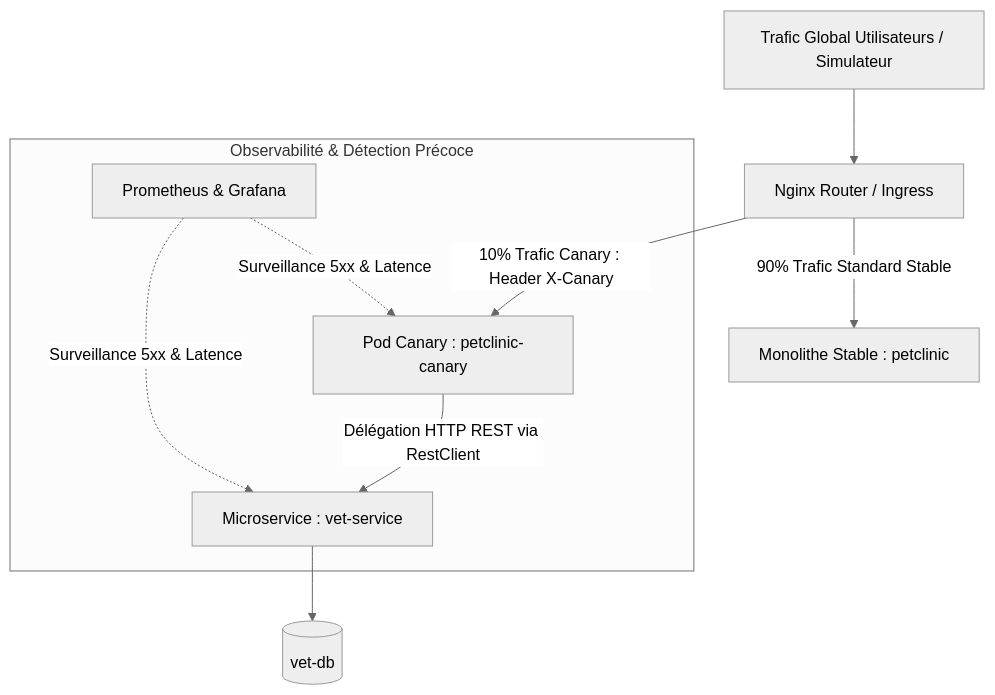
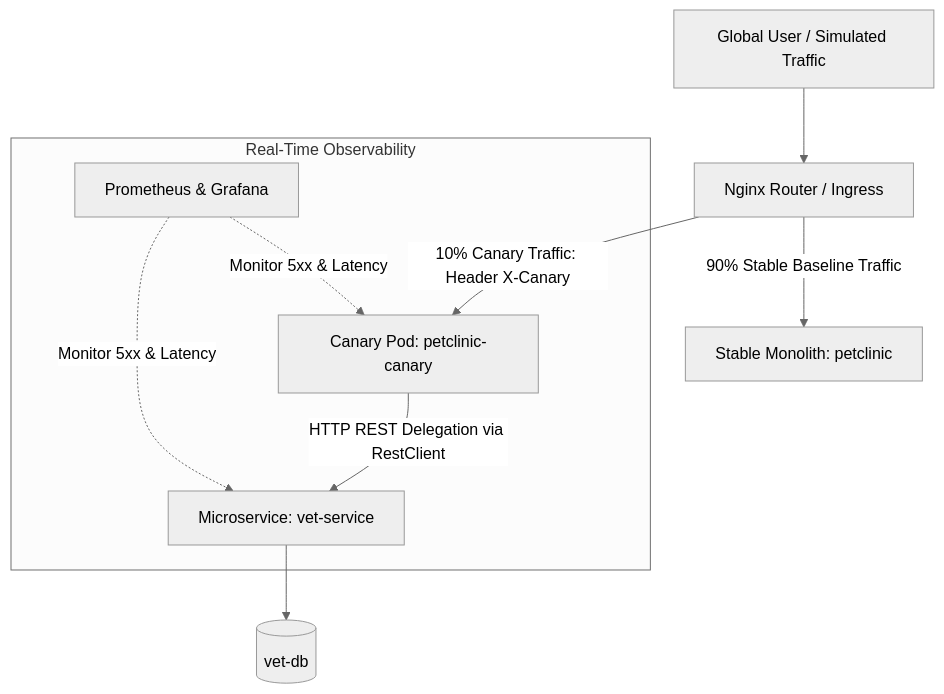
Before and after one commit to abdochiguer/Monolith-to-Microservices-Migration: the fifth of 9 diagrams in README.md, drawn with Mermaid (neutral theme). The commit also changed other lines of this file, not shown here.

````diff
--- a/README.md
+++ b/README.md
@@ -287,15 +285,15 @@
 ```mermaid
 flowchart TD
-    ClientTraffic[Trafic Global Utilisateurs / Simulateur] --> IngressRouter[Nginx Router / Ingress]
+    ClientTraffic[Global User / Simulated Traffic] --> IngressRouter[Nginx Router / Ingress]
 
-    IngressRouter -->|90% Trafic Standard Stable| MonolithProd[Monolithe Stable : petclinic]
-    IngressRouter -->|10% Trafic Canary : Header X-Canary| CanaryPod[Pod Canary : petclinic-canary]
+    IngressRouter -->|90% Stable Baseline Traffic| MonolithProd[Stable Monolith: petclinic]
+    IngressRouter -->|10% Canary Traffic: Header X-Canary| CanaryPod[Canary Pod: petclinic-canary]
 
-    CanaryPod -->|Délégation HTTP REST via RestClient| VetMicroservice[Microservice : vet-service]
+    CanaryPod -->|HTTP REST Delegation via RestClient| VetMicroservice[Microservice: vet-service]
     VetMicroservice --> VetDatabase[(vet-db)]
 
-    subgraph Observabilité & Détection Précoce
-        PrometheusAlerts[Prometheus & Grafana] -. Surveillance 5xx & Latence .-> CanaryPod
-        PrometheusAlerts -. Surveillance 5xx & Latence .-> VetMicroservice
+    subgraph Real-Time Observability
+        PrometheusAlerts[Prometheus & Grafana] -. Monitor 5xx & Latency .-> CanaryPod
+        PrometheusAlerts -. Monitor 5xx & Latency .-> VetMicroservice
     end
 ```
````
